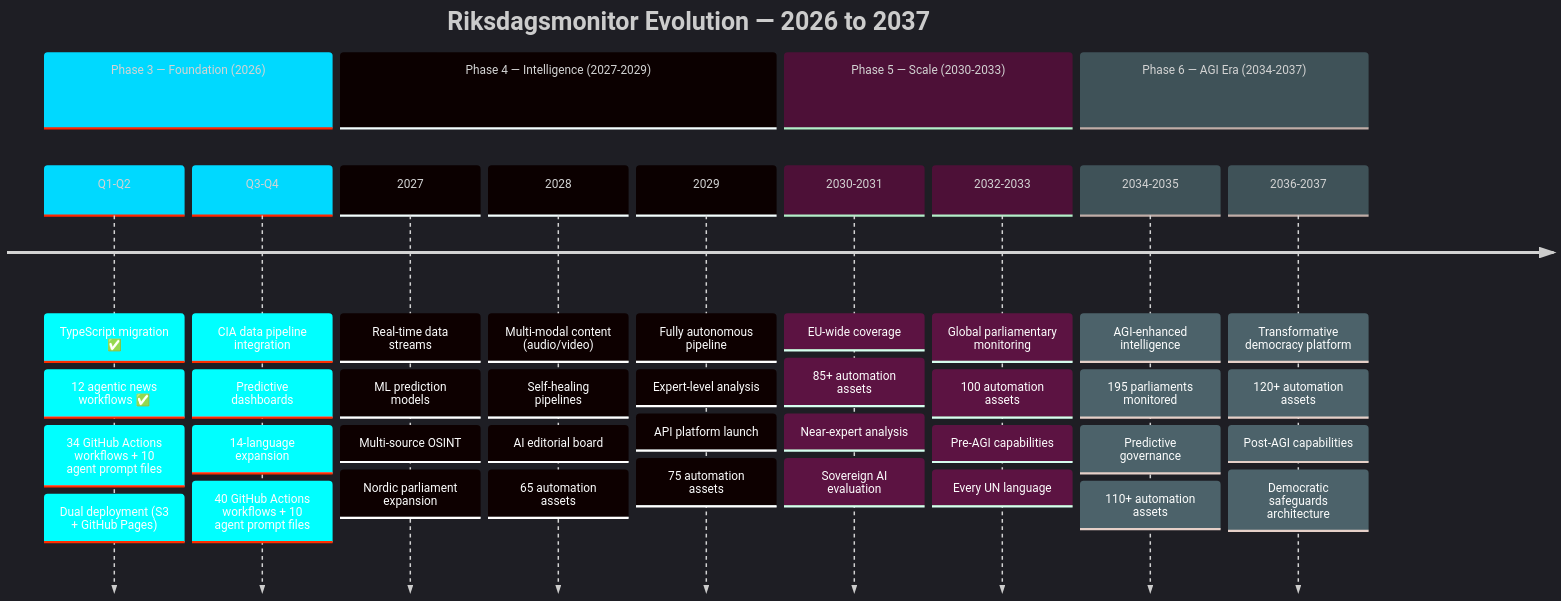
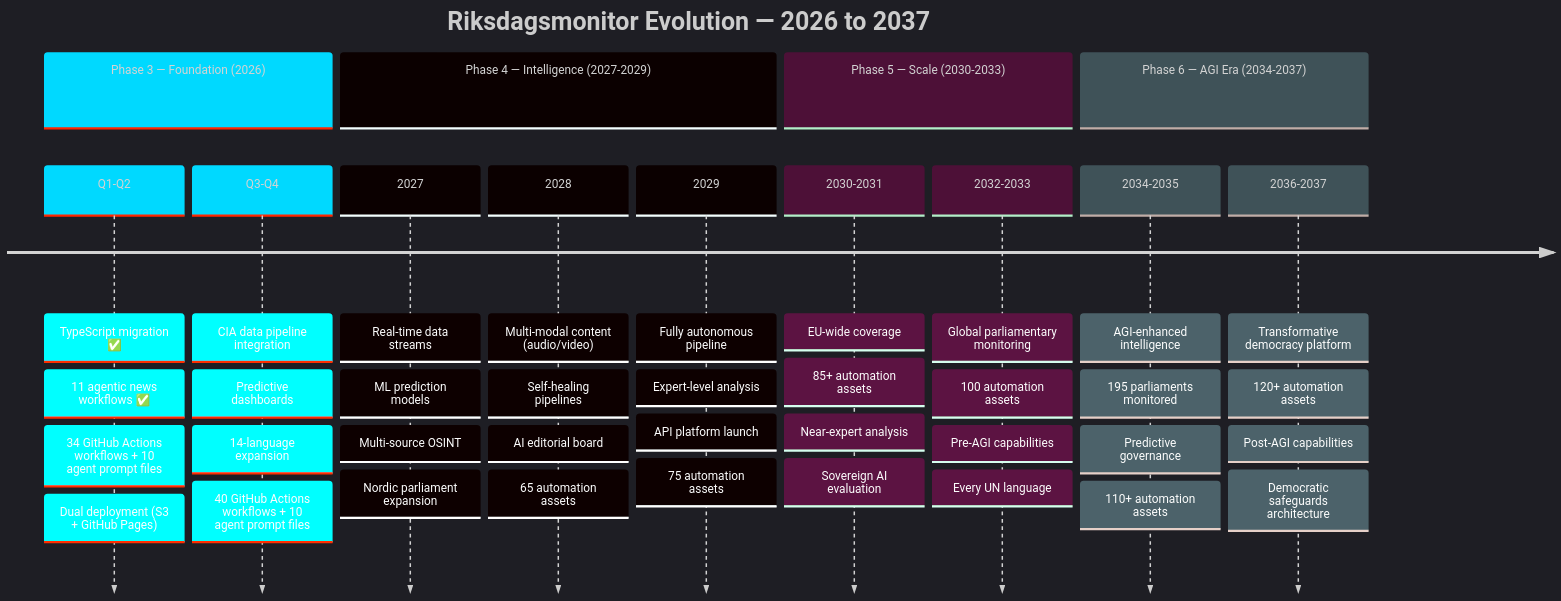
Before and after one commit to Hack23/riksdagsmonitor: the third of 8 diagrams in README.md, drawn with Mermaid. The commit also changed other lines of this file and 42 other files, not shown here.

First line of the commit message:
docs: align stale facts (11 not 12 agentic workflows, 43 not 45 files, version 0.8.56, stack versions)

````diff
--- a/README.md
+++ b/README.md
@@ -816,45 +816,45 @@
 ```mermaid
 %%{init: {"theme": "dark", "themeVariables": {"primaryColor": "#00d9ff", "primaryTextColor": "#e0e0e0", "primaryBorderColor": "#ff006e", "lineColor": "#ffbe0b", "secondaryColor": "#1a1e3d", "tertiaryColor": "#0a0e27", "background": "#0a0e27"}}}%%
 timeline
     title Riksdagsmonitor Evolution — 2026 to 2037
     section Phase 3 — Foundation (2026)
         Q1-Q2 : TypeScript migration ✅
-               : 12 agentic news workflows ✅
+               : 11 agentic news workflows ✅
                : 34 GitHub Actions workflows + 10 agent prompt files
                : Dual deployment (S3 + GitHub Pages)
         Q3-Q4 : CIA data pipeline integration
                : Predictive dashboards
                : 14-language expansion
                : 40 GitHub Actions workflows + 10 agent prompt files
     section Phase 4 — Intelligence (2027-2029)
         2027 : Real-time data streams
              : ML prediction models
              : Multi-source OSINT
              : Nordic parliament expansion
         2028 : Multi-modal content (audio/video)
              : Self-healing pipelines
              : AI editorial board
              : 65 automation assets
         2029 : Fully autonomous pipeline
              : Expert-level analysis
              : API platform launch
              : 75 automation assets
     section Phase 5 — Scale (2030-2033)
         2030-2031 : EU-wide coverage
                   : 85+ automation assets
                   : Near-expert analysis
                   : Sovereign AI evaluation
         2032-2033 : Global parliamentary monitoring
                   : 100 automation assets
                   : Pre-AGI capabilities
                   : Every UN language
     section Phase 6 — AGI Era (2034-2037)
         2034-2035 : AGI-enhanced intelligence
                   : 195 parliaments monitored
                   : Predictive governance
                   : 110+ automation assets
         2036-2037 : Transformative democracy platform
                   : 120+ automation assets
                   : Post-AGI capabilities
                   : Democratic safeguards architecture
 ```
````
